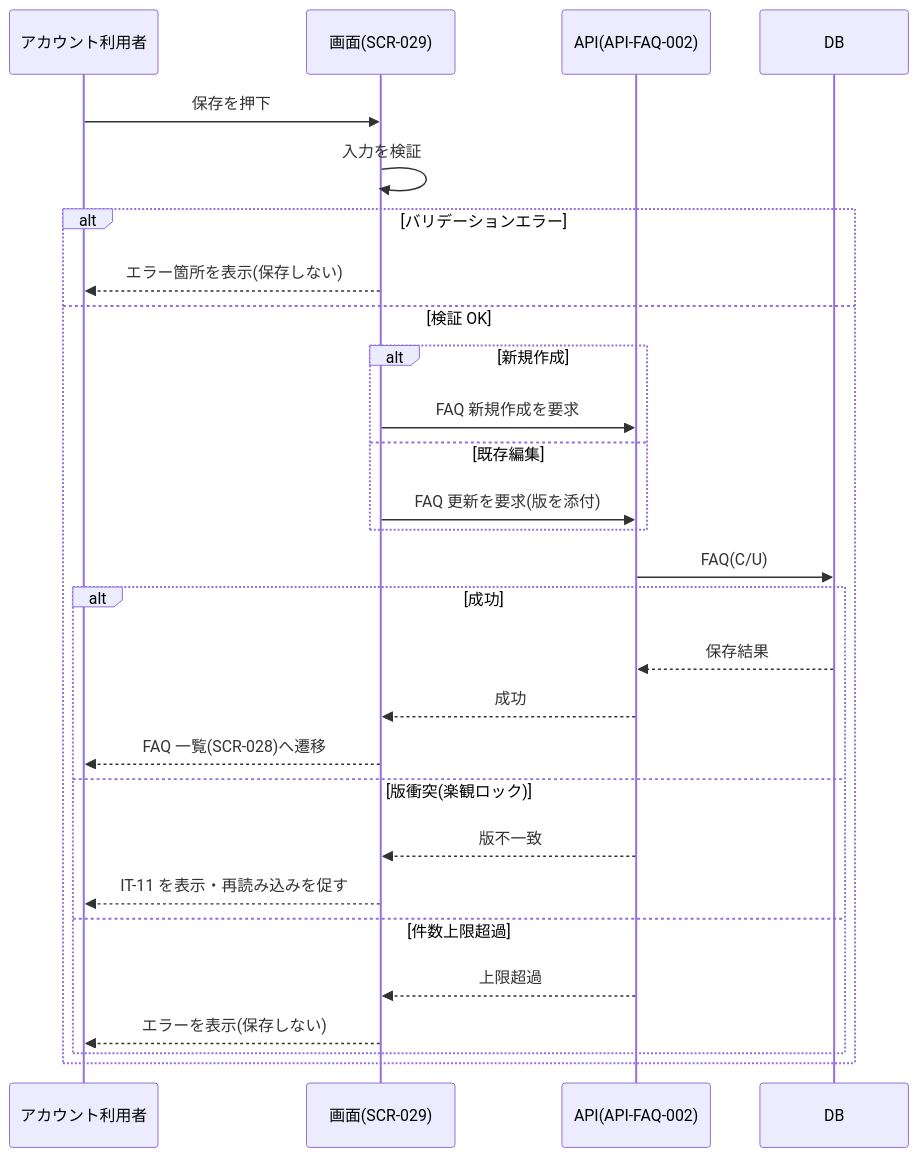
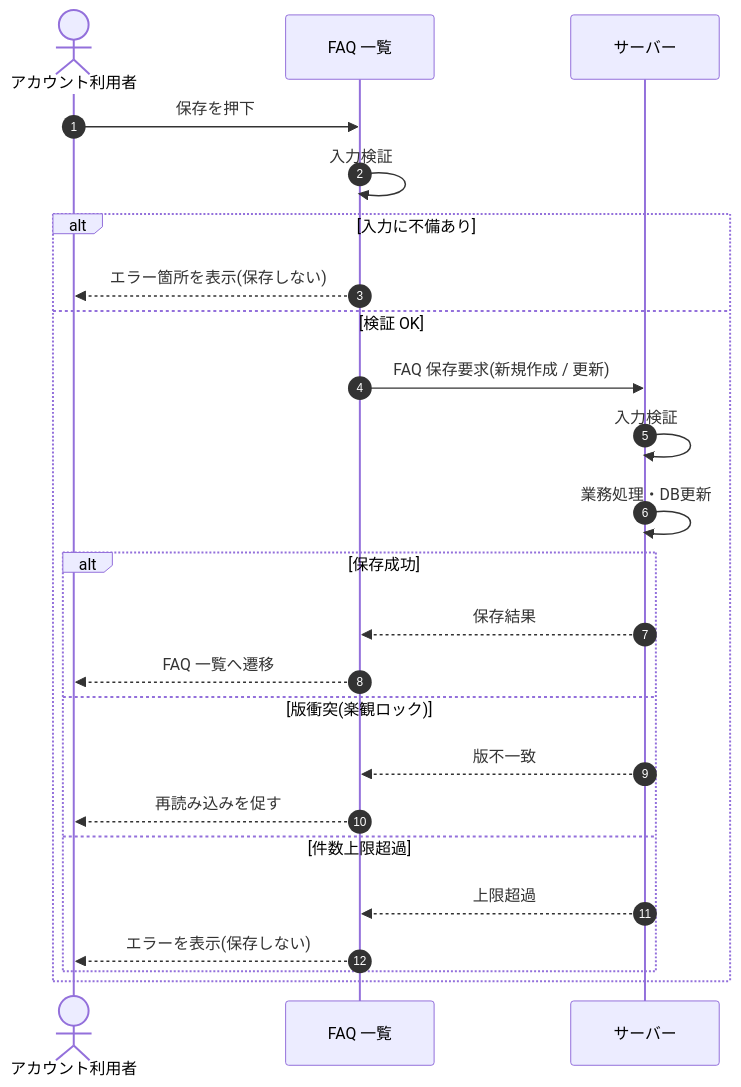
One commit to sikakou54/open-faq changed the diagram in 02_basic_design/05_sequences/SEQ-034.md. Above: the diagram before and after it, drawn with Mermaid. The commit also changed other lines of this file and 108 other files, not shown here.

First line of the commit message:
基本設計: シーケンス図を基本設計粒度(ユーザー/画面/サーバー)へ再編成

````diff
--- a/02_basic_design/05_sequences/SEQ-034.md
+++ b/02_basic_design/05_sequences/SEQ-034.md
@@ -25,30 +32,26 @@
 ```mermaid
 sequenceDiagram
-  participant U as アカウント利用者
-  participant V as 画面(SCR-029)
-  participant A as API(API-FAQ-002)
-  participant D as DB
-  U->>V: 保存を押下
-  V->>V: 入力を検証
-  alt バリデーションエラー
-    V-->>U: エラー箇所を表示(保存しない)
+  autonumber
+  actor U as アカウント利用者
+  participant Screen as FAQ 一覧
+  participant Server as サーバー
+  U->>Screen: 保存を押下
+  Screen->>Screen: 入力検証
+  alt 入力に不備あり
+    Screen-->>U: エラー箇所を表示(保存しない)
   else 検証 OK
-    alt 新規作成
-      V->>A: FAQ 新規作成を要求
-    else 既存編集
-      V->>A: FAQ 更新を要求(版を添付)
-    end
-    A->>D: FAQ(C/U)
-    alt 成功
-      D-->>A: 保存結果
-      A-->>V: 成功
-      V-->>U: FAQ 一覧(SCR-028)へ遷移
+    Screen->>Server: FAQ 保存要求(新規作成 / 更新)
+    Server->>Server: 入力検証
+    Server->>Server: 業務処理・DB更新
+    alt 保存成功
+      Server-->>Screen: 保存結果
+      Screen-->>U: FAQ 一覧へ遷移
     else 版衝突(楽観ロック)
-      A-->>V: 版不一致
-      V-->>U: IT-11 を表示・再読み込みを促す
+      Server-->>Screen: 版不一致
+      Screen-->>U: 再読み込みを促す
     else 件数上限超過
-      A-->>V: 上限超過
-      V-->>U: エラーを表示(保存しない)
+      Server-->>Screen: 上限超過
+      Screen-->>U: エラーを表示(保存しない)
     end
   end
 ```
````
